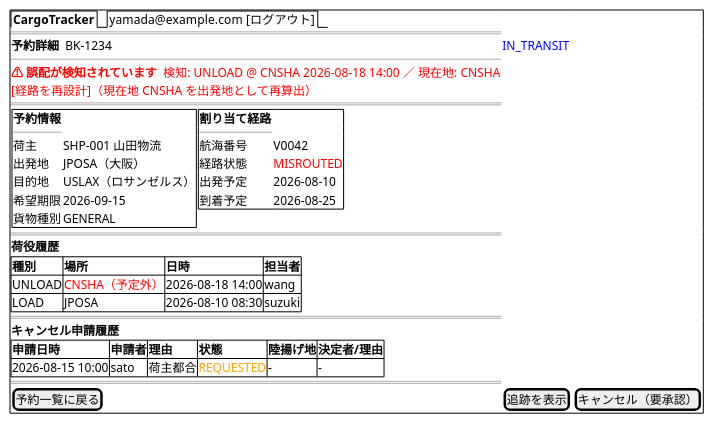
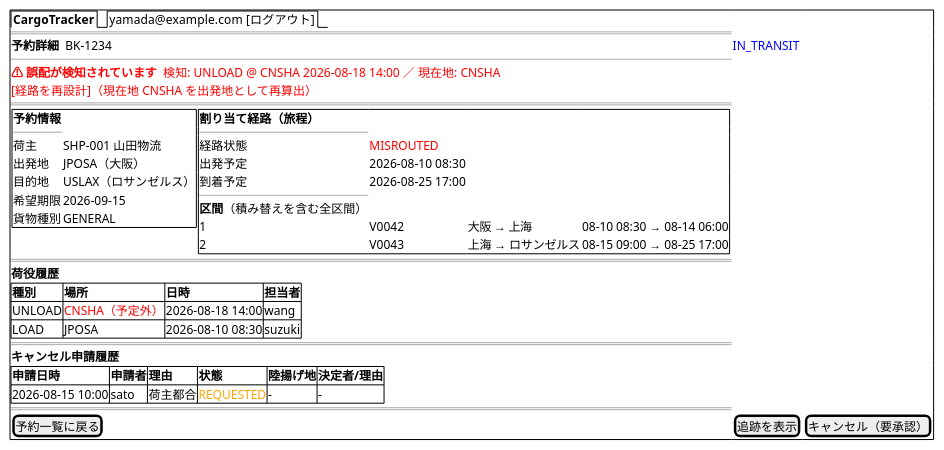
One commit to k2works/case-study-cargo-tracker changed diagram 14 of 21 in docs/design/ui_design.md. Above: the diagram before and after it, drawn with PlantUML. The commit also changed other lines of this file and 11 other files, not shown here.

````diff
--- a/docs/design/ui_design.md
+++ b/docs/design/ui_design.md
@@ -825,47 +861,50 @@
 ```plantuml
 @startsalt
 {+
   {/ <b>CargoTracker</b>    |    yamada@example.com  [ログアウト] }
   ==
   <b>予約詳細</b>  BK-1234  |  <color:blue>IN_TRANSIT</color>
   --
   <color:red><b>⚠ 誤配が検知されています</b>  検知: UNLOAD @ CNSHA 2026-08-18 14:00 ／ 現在地: CNSHA</color>
   <color:red>[経路を再設計]（現在地 CNSHA を出発地として再算出）</color>
   ==
   {
     {+
       <b>予約情報</b>
       ----
       荷主       | SHP-001 山田物流
       出発地     | JPOSA（大阪）
       目的地     | USLAX（ロサンゼルス）
       希望期限   | 2026-09-15
       貨物種別   | GENERAL
     } |
     {+
-      <b>割り当て経路</b>
+      <b>割り当て経路（旅程）</b>
       ----
-      航海番号   | V0042
       経路状態   | <color:red>MISROUTED</color>
-      出発予定   | 2026-08-10
-      到着予定   | 2026-08-25
+      出発予定   | 2026-08-10 08:30
+      到着予定   | 2026-08-25 17:00
+      ----
+      **区間**（積み替えを含む全区間）
+      1 | V0042 | 大阪 → 上海 | 08-10 08:30 → 08-14 06:00
+      2 | V0043 | 上海 → ロサンゼルス | 08-15 09:00 → 08-25 17:00
     }
   }
   ==
   <b>荷役履歴</b>
   {#
     **種別** | **場所** | **日時** | **担当者**
     UNLOAD   | <color:red>CNSHA（予定外）</color> | 2026-08-18 14:00 | wang
     LOAD     | JPOSA    | 2026-08-10 08:30 | suzuki
   }
   ==
   <b>キャンセル申請履歴</b>
   {#
     **申請日時** | **申請者** | **理由** | **状態** | **陸揚げ地** | **決定者/理由**
     2026-08-15 10:00 | sato | 荷主都合 | <color:orange>REQUESTED</color> | - | -
   }
   ==
   [予約一覧に戻る] | [追跡を表示] | [キャンセル（要承認）]
 }
 @endsalt
 ```
````
